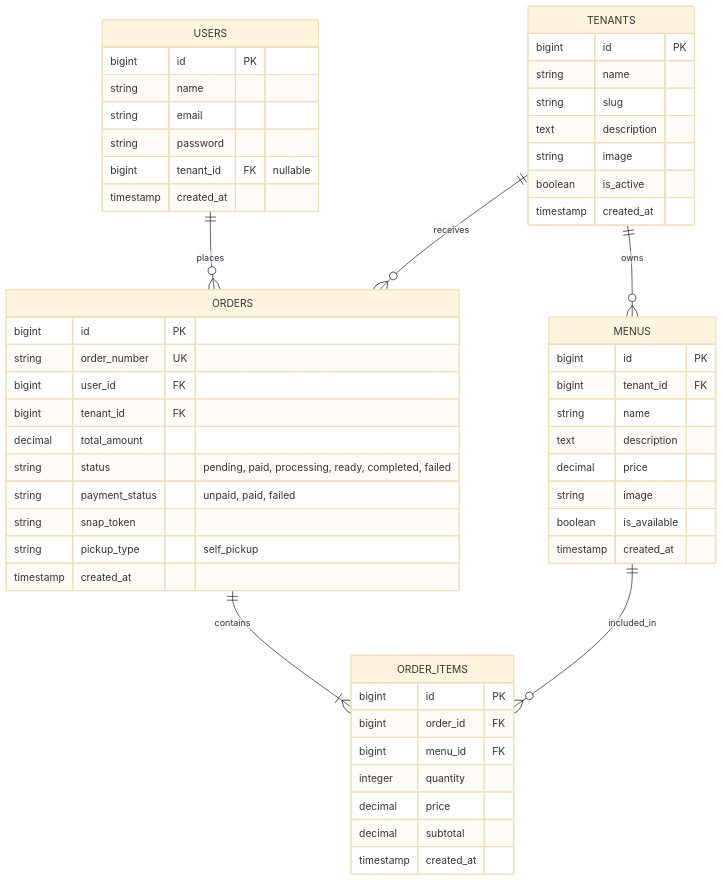
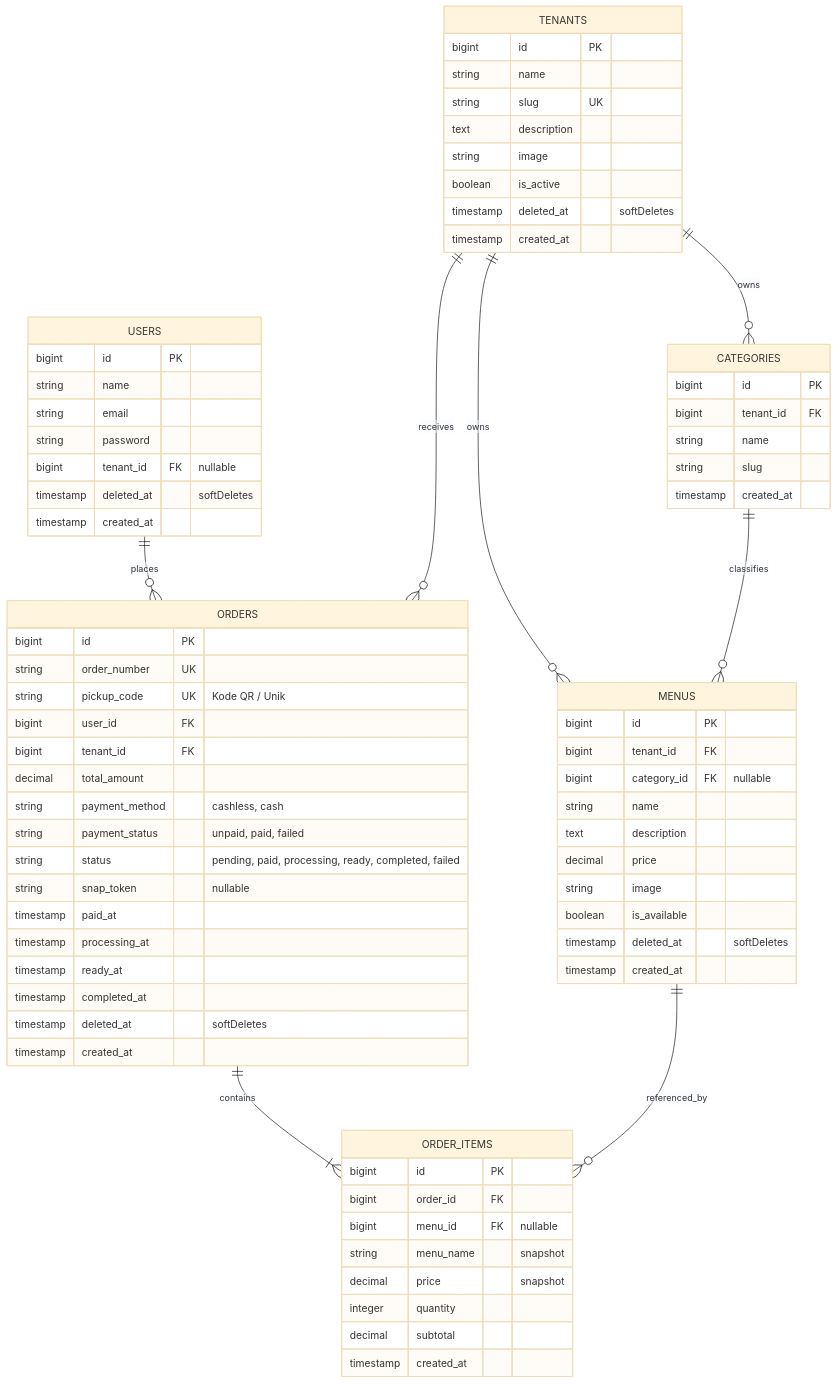
The diagram in docs/08-data-model.md (Hnzsama/smart_canteen), drawn with Mermaid (base theme) before and after one commit. The commit also changed other lines of this file and 190 other files, not shown here.

Commit message:
feat: complete project architecture, dual payment engine (cashless & cash QR scan), soft deletes, and full laravel codebase

````diff
--- a/docs/08-data-model.md
+++ b/docs/08-data-model.md
@@ -9,61 +9,82 @@
 ```mermaid
 erDiagram
     USERS ||--o{ ORDERS : "places"
     TENANTS ||--o{ MENUS : "owns"
+    TENANTS ||--o{ CATEGORIES : "owns"
     TENANTS ||--o{ ORDERS : "receives"
+    CATEGORIES ||--o{ MENUS : "classifies"
     ORDERS ||--|{ ORDER_ITEMS : "contains"
-    MENUS ||--o{ ORDER_ITEMS : "included_in"
+    MENUS ||--o{ ORDER_ITEMS : "referenced_by"
 
     USERS {
         bigint id PK
         string name
         string email
         string password
         bigint tenant_id FK "nullable"
+        timestamp deleted_at "softDeletes"
         timestamp created_at
     }
 
     TENANTS {
         bigint id PK
         string name
-        string slug
+        string slug UK
         text description
         string image
         boolean is_active
+        timestamp deleted_at "softDeletes"
+        timestamp created_at
+    }
+
+    CATEGORIES {
+        bigint id PK
+        bigint tenant_id FK
+        string name
+        string slug
         timestamp created_at
     }
 
     MENUS {
         bigint id PK
         bigint tenant_id FK
+        bigint category_id FK "nullable"
         string name
         text description
         decimal price
         string image
         boolean is_available
+        timestamp deleted_at "softDeletes"
         timestamp created_at
     }
 
     ORDERS {
         bigint id PK
         string order_number UK
+        string pickup_code UK "Kode QR / Unik"
         bigint user_id FK
         bigint tenant_id FK
         decimal total_amount
+        string payment_method "cashless, cash"
+        string payment_status "unpaid, paid, failed"
         string status "pending, paid, processing, ready, completed, failed"
-        string payment_status "unpaid, paid, failed"
-        string snap_token
-        string pickup_type "self_pickup"
+        string snap_token "nullable"
+        timestamp paid_at
+        timestamp processing_at
+        timestamp ready_at
+        timestamp completed_at
+        timestamp deleted_at "softDeletes"
         timestamp created_at
     }
 
     ORDER_ITEMS {
         bigint id PK
         bigint order_id FK
-        bigint menu_id FK
+        bigint menu_id FK "nullable"
+        string menu_name "snapshot"
+        decimal price "snapshot"
         integer quantity
-        decimal price
         decimal subtotal
         timestamp created_at
     }
 ```
````
